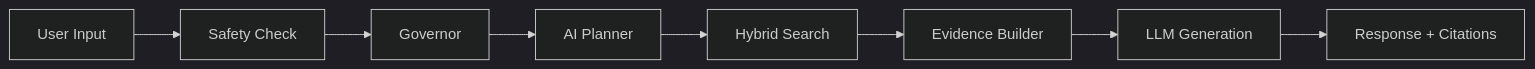
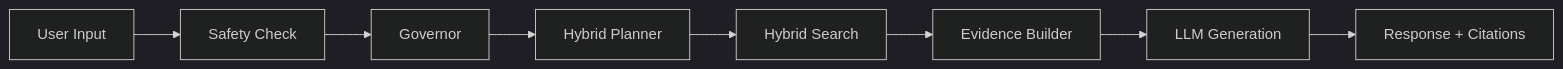
Before and after one commit to projecthub-codingstudio/JARVIS: the first of 2 diagrams in wiki/Architecture-Overview.md, drawn with Mermaid (dark theme). The commit also changed other lines of this file and 54 other files, not shown here.

````diff
--- a/wiki/Architecture-Overview.md
+++ b/wiki/Architecture-Overview.md
@@ -9,10 +9,10 @@
 ```mermaid
 flowchart LR
     A[User Input] --> B[Safety Check]
     B --> C[Governor]
-    C --> D[AI Planner]
+    C --> D[Hybrid Planner]
     D --> E[Hybrid Search]
     E --> F[Evidence Builder]
     F --> G[LLM Generation]
     G --> H[Response + Citations]
 ```
````
